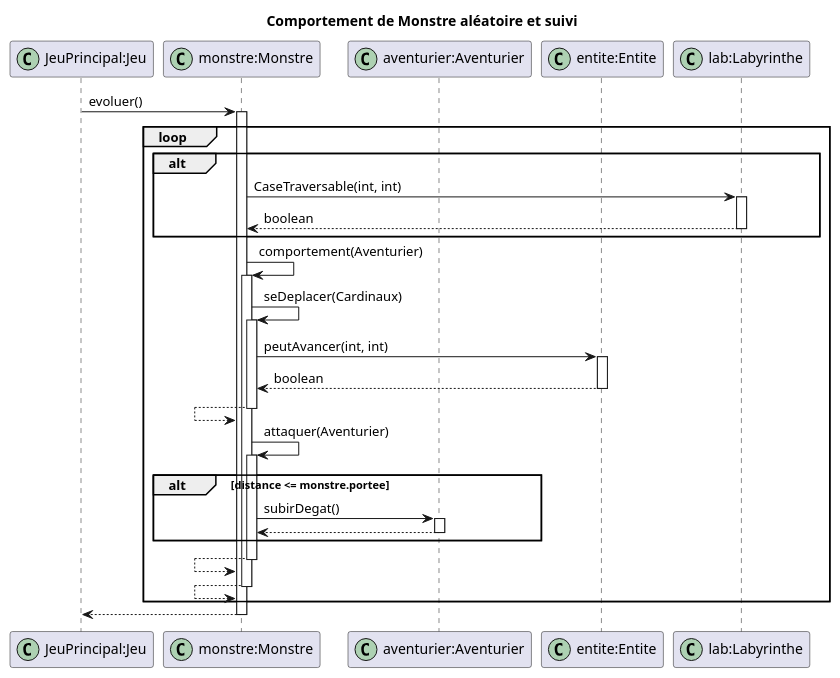
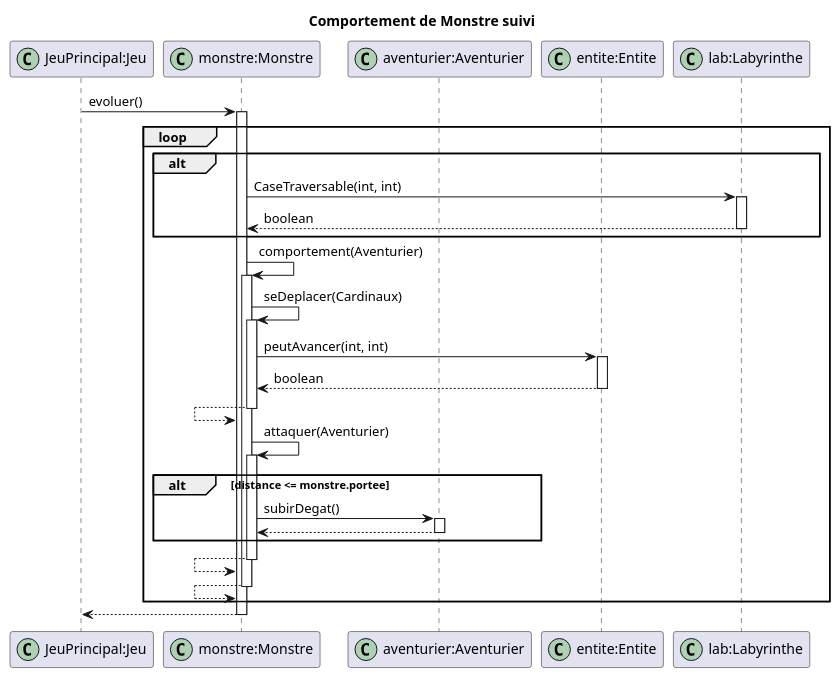
One commit to LoickNosal/2019_COO_Zeldiablo_Nosal9u_Demang146u_Sousa12u_Gsell5u changed the diagram in documents/version_06/diagramme_sequence/ComportementMonstreSuivi.wsd. Above: the diagram before and after it, drawn with PlantUML. The commit also changed 1 other file, not shown here.

Commit message:
modif diagramme de séquece monstre suivi

```diff
--- a/documents/version_06/diagramme_sequence/ComportementMonstreSuivi.wsd
+++ b/documents/version_06/diagramme_sequence/ComportementMonstreSuivi.wsd
@@ -1,45 +1,45 @@
 @startuml 
-title Comportement de Monstre aléatoire et suivi
+title Comportement de Monstre suivi
 participant "JeuPrincipal:Jeu" as jeu << (C,#ADD1B2) >>
 participant "monstre:Monstre" as monstre << (C,#ADD1B2) >>
 participant "aventurier:Aventurier" as aventurier << (C,#ADD1B2) >>
 participant "entite:Entite" as entite << (C,#ADD1B2) >>
 participant "lab:Labyrinthe" as lab << (C,#ADD1B2) >>
 
 jeu -> monstre : evoluer()
 loop
 activate monstre
 alt
 monstre -> lab: CaseTraversable(int, int)
 activate lab
 monstre <-- lab : boolean
 deactivate lab
 end
 monstre -> monstre: comportement(Aventurier)
 activate monstre
 monstre -> monstre: seDeplacer(Cardinaux)
 activate monstre
 monstre -> entite: peutAvancer(int, int)
 activate entite
 monstre <-- entite : boolean
 deactivate entite
 monstre <-- monstre 
 deactivate monstre
 monstre -> monstre: attaquer(Aventurier)
 activate monstre
 alt distance <= monstre.portee
 monstre -> aventurier: subirDegat()
 activate aventurier
 monstre <-- aventurier
 deactivate aventurier
 end
 monstre <-- monstre
 deactivate monstre
 monstre <-- monstre
 deactivate monstre
 end
 jeu <-- monstre
 deactivate monstre
 
 
 @enduml
```
